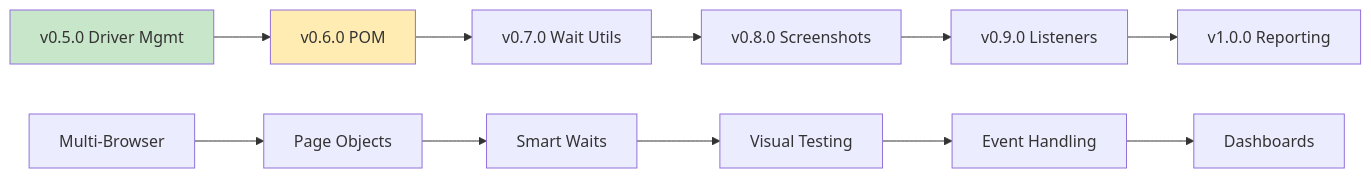
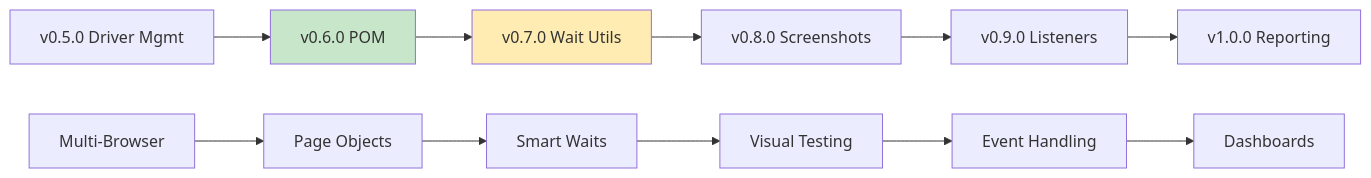
One commit to Anuj-Patiyal/hybrid-framework changed diagram 11 of 12 in README.md. Above: the diagram before and after it, drawn with Mermaid. The commit also changed other lines of this file and 8 other files, not shown here.

````diff
--- a/README.md
+++ b/README.md
@@ -533,17 +557,17 @@
 ```mermaid
 graph LR
     A[v0.5.0 Driver Mgmt] --> B[v0.6.0 POM]
     B --> C[v0.7.0 Wait Utils]
     C --> D[v0.8.0 Screenshots]
     D --> E[v0.9.0 Listeners]
     E --> F[v1.0.0 Reporting]
     
     G[Multi-Browser] --> H[Page Objects]
     H --> I[Smart Waits]
     I --> J[Visual Testing]
     J --> K[Event Handling]
     K --> L[Dashboards]
     
-    style A fill:#c8e6c9
-    style B fill:#ffecb3
+    style B fill:#c8e6c9
+    style C fill:#ffecb3
 ```
````
